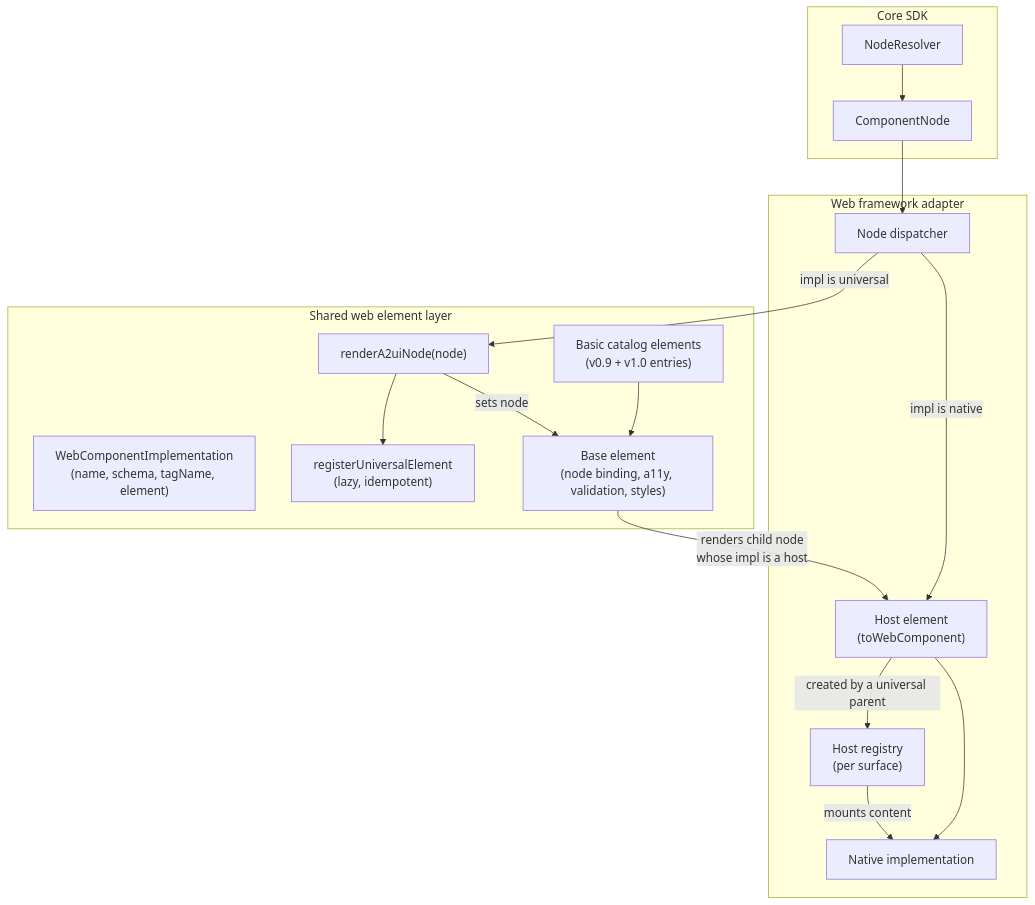
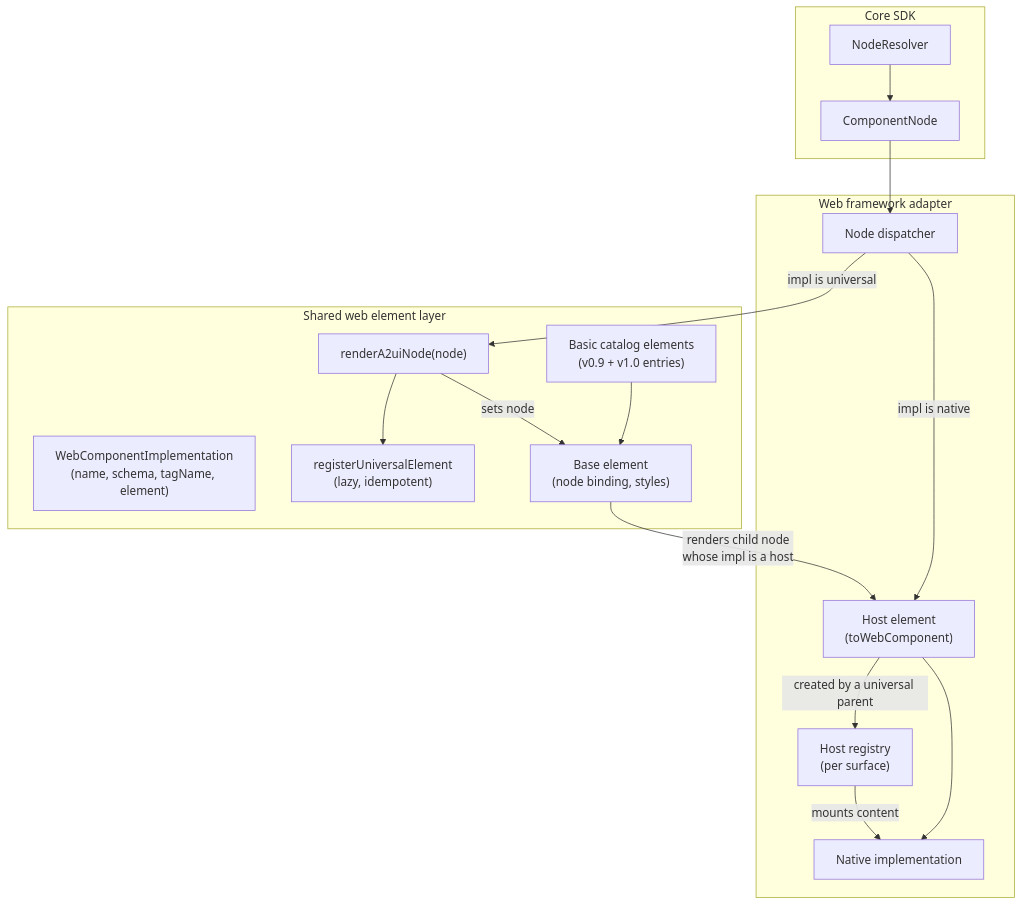
One commit to a2ui-project/a2ui changed the diagram in blueprints/features/universal_custom_elements.blueprint.md. Above: the diagram before and after it, drawn with Mermaid. The commit also changed other lines of this file and 8 other files, not shown here.

````diff
--- a/blueprints/features/universal_custom_elements.blueprint.md
+++ b/blueprints/features/universal_custom_elements.blueprint.md
@@ -81,32 +81,32 @@
 ```mermaid
 flowchart TD
     subgraph Core["Core SDK"]
         NR["NodeResolver"] --> CN["ComponentNode"]
     end
 
     subgraph Shared["Shared web element layer"]
         WCI["WebComponentImplementation<br/>(name, schema, tagName, element)"]
         REG["registerUniversalElement<br/>(lazy, idempotent)"]
         RN["renderA2uiNode(node)"]
-        BASE["Base element<br/>(node binding, a11y, validation, styles)"]
+        BASE["Base element<br/>(node binding, styles)"]
         BASIC["Basic catalog elements<br/>(v0.9 + v1.0 entries)"]
         BASIC --> BASE
     end
 
     subgraph Adapter["Web framework adapter"]
         DISP["Node dispatcher"]
         HOST["Host element<br/>(toWebComponent)"]
         HREG["Host registry<br/>(per surface)"]
         NATIVE["Native implementation"]
     end
 
     CN --> DISP
     DISP -->|"impl is universal"| RN
     RN --> REG
     RN -->|"sets node"| BASE
     DISP -->|"impl is native"| HOST
     HOST --> NATIVE
     BASE -->|"renders child node<br/>whose impl is a host"| HOST
     HOST -->|"created by a universal parent"| HREG
     HREG -->|"mounts content"| NATIVE
 ```
````
